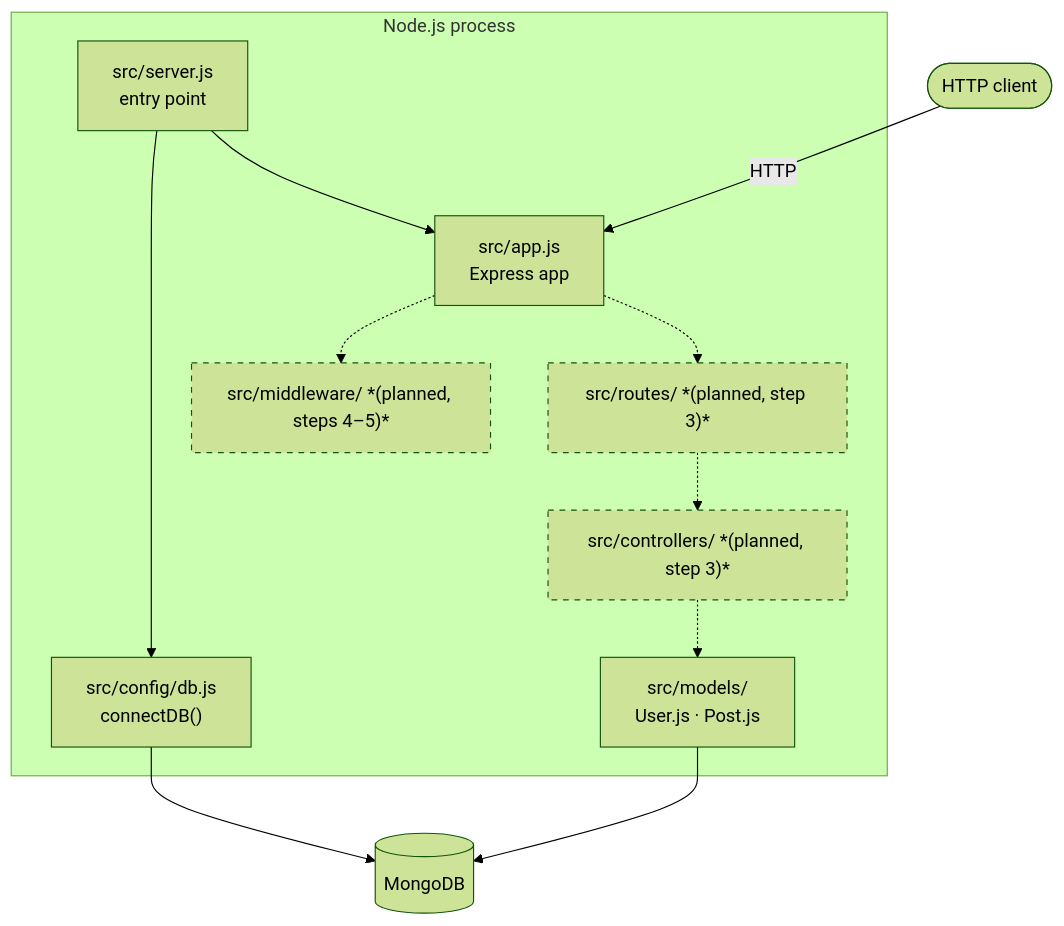
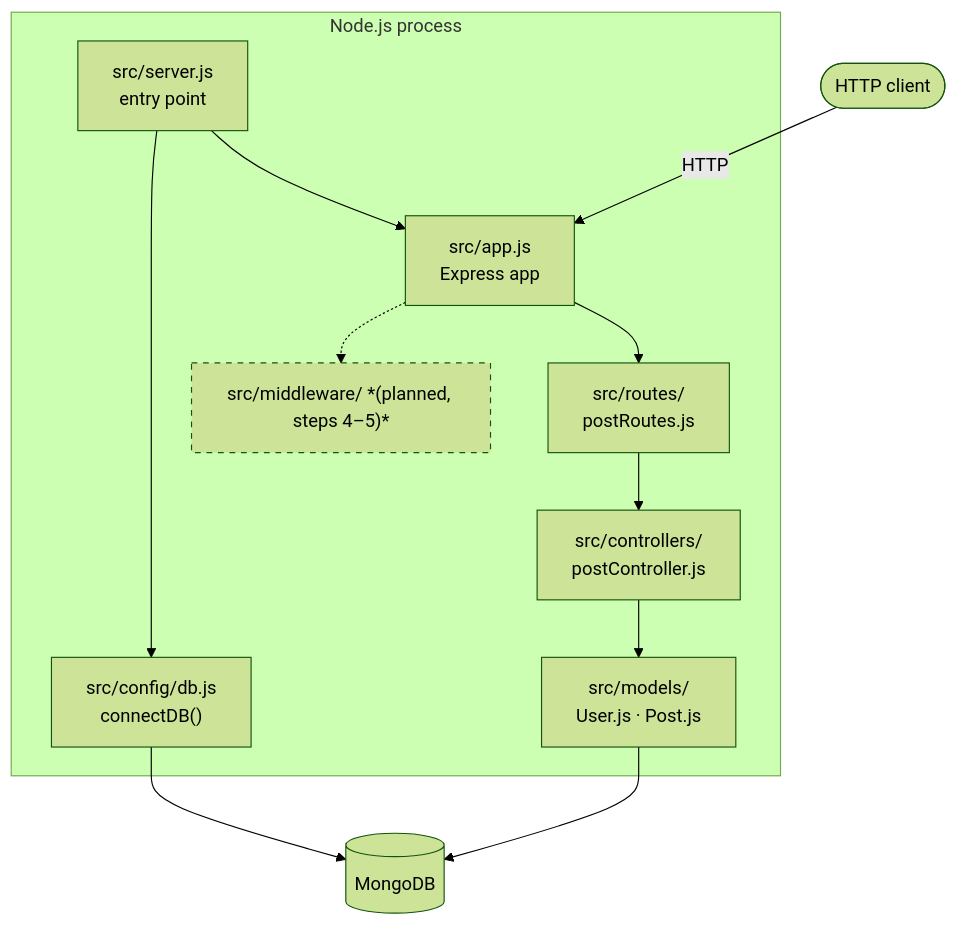
One commit to das77/nosql-db-backend changed the first of 3 diagrams in docs/ARCHITECTURE.md. Above: the diagram before and after it, drawn with Mermaid (forest theme). The commit also changed other lines of this file and 2 other files, not shown here.

Commit message:
docs: implement CRUD routes for posts with query parameters and pagination

````diff
--- a/docs/ARCHITECTURE.md
+++ b/docs/ARCHITECTURE.md
@@ -12,30 +12,28 @@
 ```mermaid
 flowchart TD
     client([HTTP client])
 
     subgraph node["Node.js process"]
         server["src/server.js<br/>entry point"]
         app["src/app.js<br/>Express app"]
         db["src/config/db.js<br/>connectDB()"]
         models["src/models/<br/>User.js · Post.js"]
-        routes["src/routes/ *(planned, step 3)*"]
-        controllers["src/controllers/ *(planned, step 3)*"]
+        routes["src/routes/<br/>postRoutes.js"]
+        controllers["src/controllers/<br/>postController.js"]
         middleware["src/middleware/ *(planned, steps 4–5)*"]
     end
 
     mongo[(MongoDB)]
 
     client -->|HTTP| app
     server --> app
     server --> db
     db --> mongo
     models --> mongo
-    app -.-> routes
-    routes -.-> controllers
-    controllers -.-> models
+    app --> routes
+    routes --> controllers
+    controllers --> models
     app -.-> middleware
 
-    style routes stroke-dasharray: 5 5
-    style controllers stroke-dasharray: 5 5
     style middleware stroke-dasharray: 5 5
 ```
````
